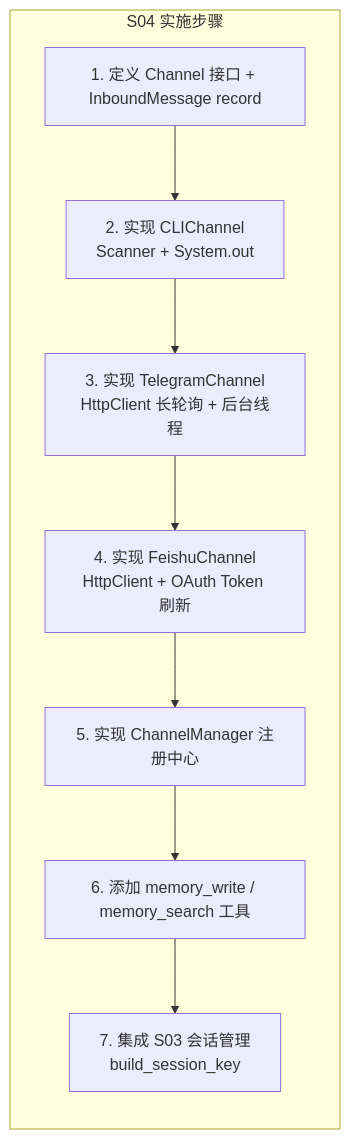
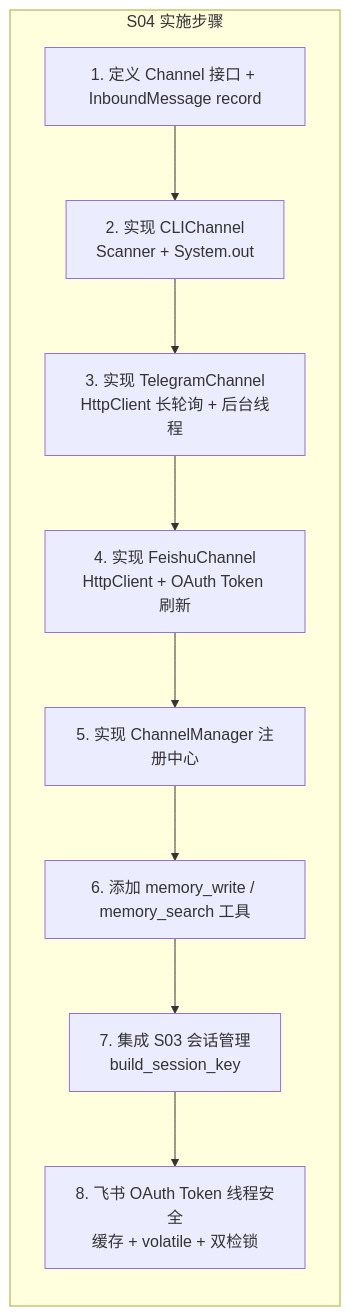
Before and after one commit to XianReallyHot-ZZH/OpenClaw-ZeroToOne: the sixth of 16 diagrams in specs/light-claw0-java-rewrite-plan.md, drawn with Mermaid. The commit also changed other lines of this file and 1 other file, not shown here.

````diff
--- a/specs/light-claw0-java-rewrite-plan.md
+++ b/specs/light-claw0-java-rewrite-plan.md
@@ -525,13 +586,14 @@
 ```mermaid
 flowchart TB
     subgraph "S04 实施步骤"
         direction TB
         A["1. 定义 Channel 接口 + InboundMessage record"]
         A --> B["2. 实现 CLIChannel<br/>Scanner + System.out"]
         B --> C["3. 实现 TelegramChannel<br/>HttpClient 长轮询 + 后台线程"]
         C --> D["4. 实现 FeishuChannel<br/>HttpClient + OAuth Token 刷新"]
         D --> E["5. 实现 ChannelManager 注册中心"]
         E --> F["6. 添加 memory_write / memory_search 工具"]
         F --> G["7. 集成 S03 会话管理<br/>build_session_key"]
+        G --> H["8. 飞书 OAuth Token 线程安全<br/>缓存 + volatile + 双检锁"]
     end
 ```
````
